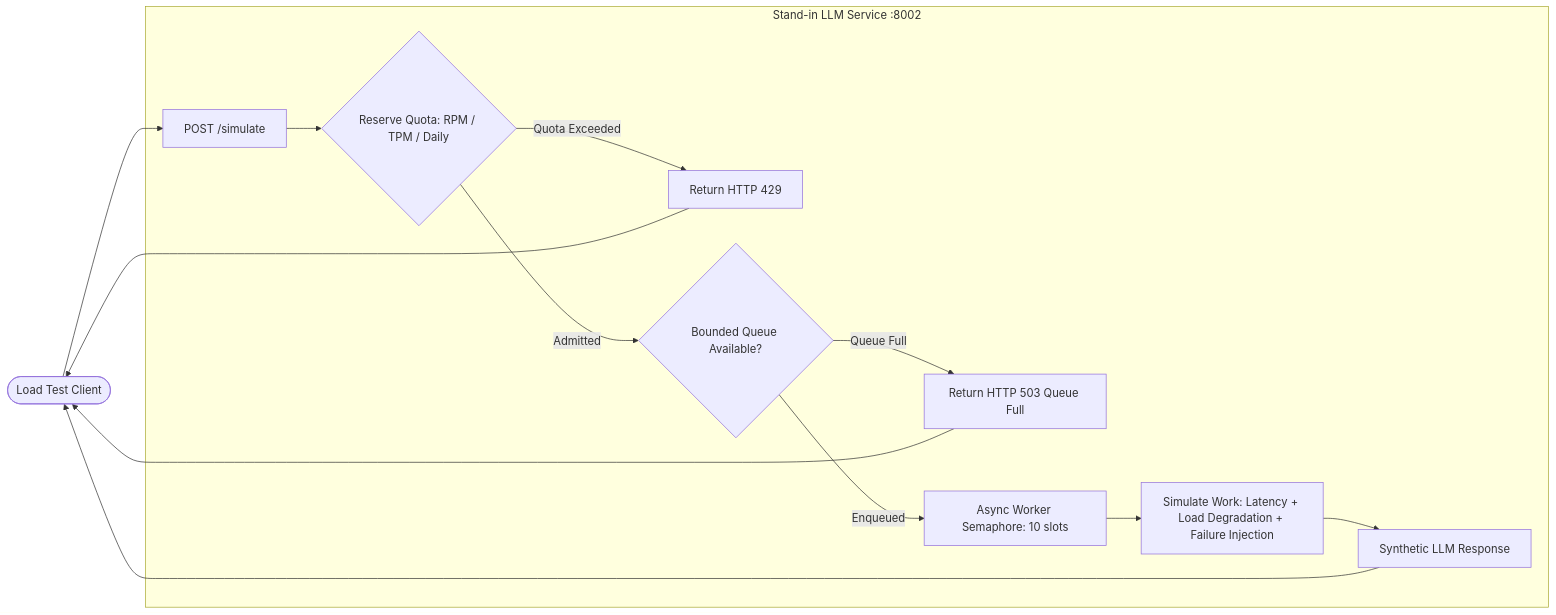
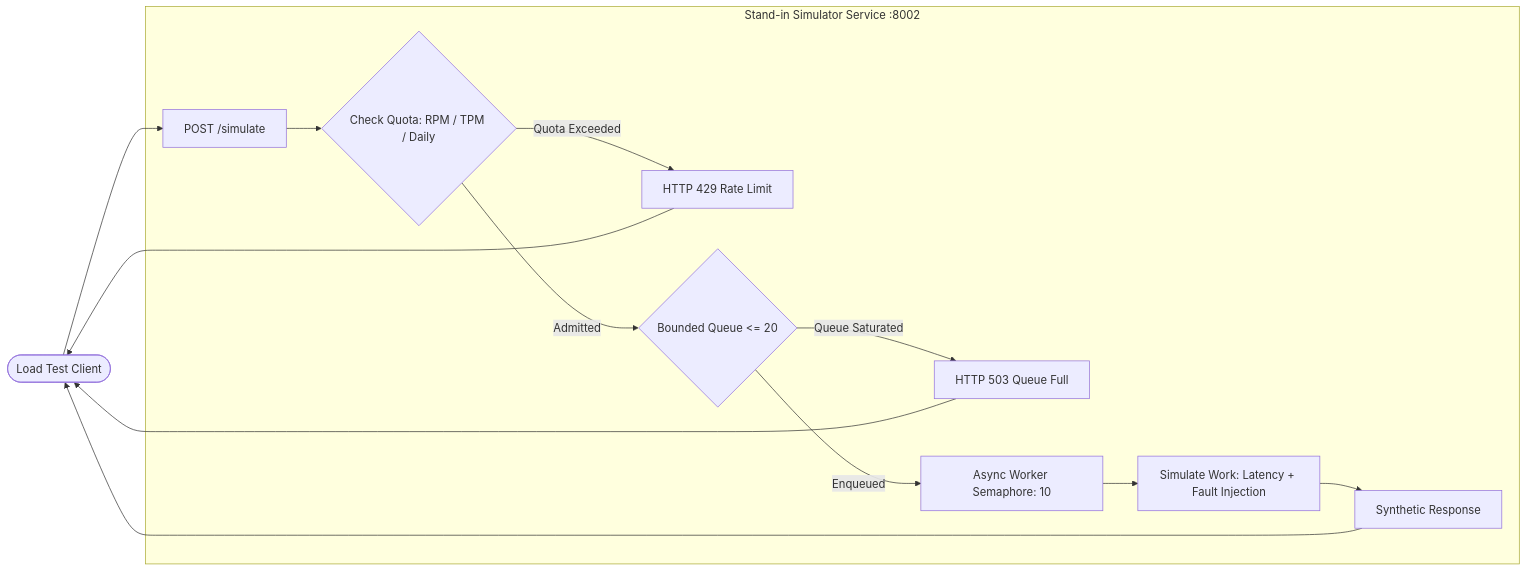
One commit to CYBERCONQUEROR/The-Relay changed the second of 2 diagrams in README.md. Above: the diagram before and after it, drawn with Mermaid. The commit also changed other lines of this file and 2 other files, not shown here.

````diff
--- a/README.md
+++ b/README.md
@@ -102,18 +222,18 @@
 ```mermaid
 flowchart LR
     Client([Load Test Client]) --> Req[POST /simulate]
     
-    subgraph StandinServer [Stand-in LLM Service :8002]
-        Req --> QuotaCheck{Reserve Quota: RPM / TPM / Daily}
-        QuotaCheck -->|Quota Exceeded| HTTP429[Return HTTP 429]
-        QuotaCheck -->|Admitted| Queue{Bounded Queue Available?}
-        Queue -->|Queue Full| HTTP503[Return HTTP 503 Queue Full]
-        Queue -->|Enqueued| WorkerPool[Async Worker Semaphore: 10 slots]
-        WorkerPool --> SimEngine[Simulate Work: Latency + Load Degradation + Failure Injection]
-        SimEngine --> Response[Synthetic LLM Response]
+    subgraph StandinArchitecture [Stand-in Simulator Service :8002]
+        Req --> QuotaEnforcer{Check Quota: RPM / TPM / Daily}
+        QuotaEnforcer -->|Quota Exceeded| R429[HTTP 429 Rate Limit]
+        QuotaEnforcer -->|Admitted| Queue{Bounded Queue <= 20}
+        Queue -->|Queue Saturated| R503[HTTP 503 Queue Full]
+        Queue -->|Enqueued| WorkerPool[Async Worker Semaphore: 10]
+        WorkerPool --> MockEngine[Simulate Work: Latency + Fault Injection]
+        MockEngine --> SuccessResp[Synthetic Response]
     end
 
-    HTTP429 --> Client
-    HTTP503 --> Client
-    Response --> Client
+    R429 --> Client
+    R503 --> Client
+    SuccessResp --> Client
 ```
````
